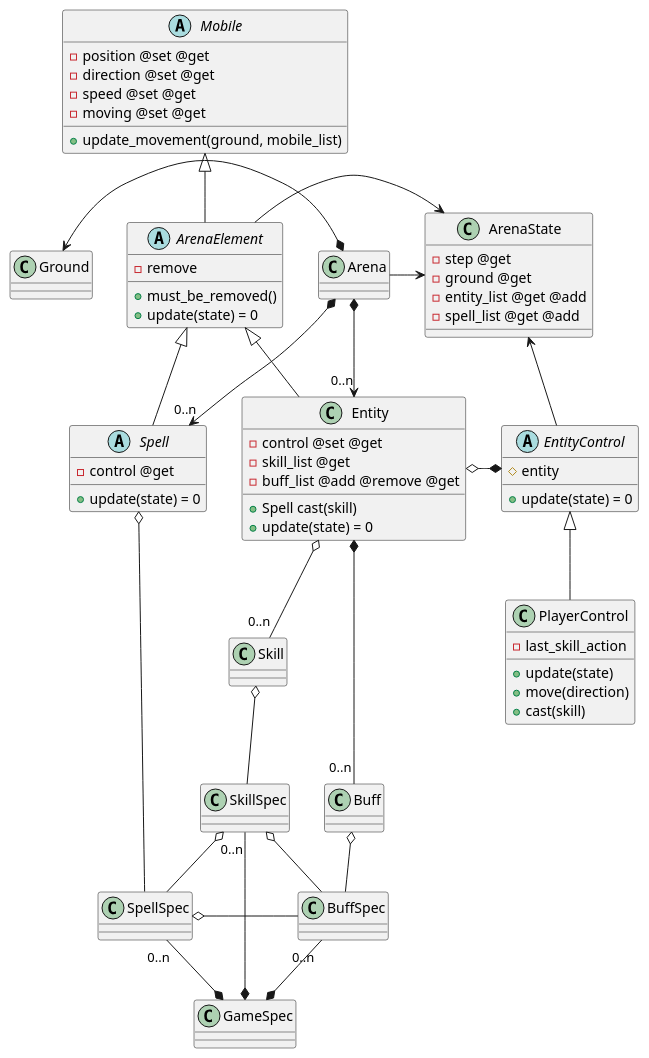
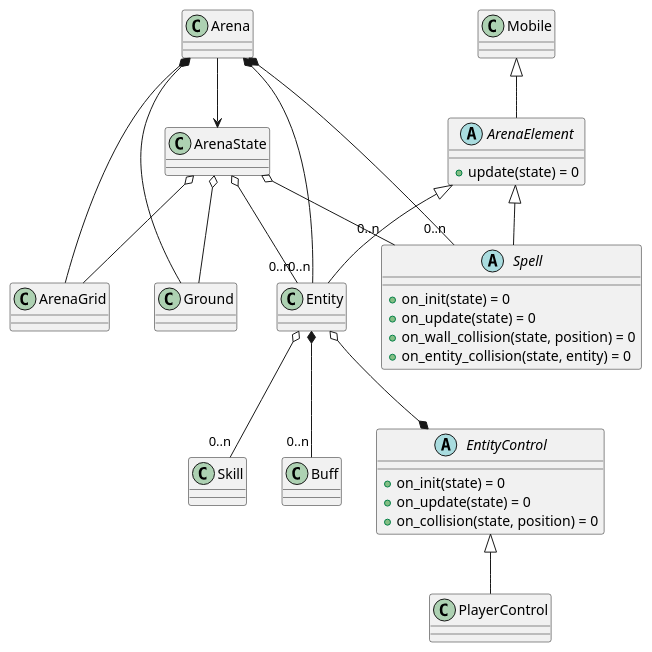
One commit to lemunozm/asciiarena-js changed the diagram in docs/design/arena_class.puml. Above: the diagram before and after it, drawn with PlantUML. The commit also changed 6 other files, not shown here.

```diff
--- a/docs/design/arena_class.puml
+++ b/docs/design/arena_class.puml
@@ -1,76 +1,40 @@
 @startuml
 
-Arena *-left-> Ground
-Arena *--> "0..n" Entity
-Arena *--> "0..n" Spell
-Arena -right-> ArenaState
+Arena *-- Ground
+Arena *-- ArenaGrid
+Arena *-- "0..n" Entity
+Arena *-- "0..n" Spell
+Arena --> ArenaState
+
+ArenaState o-- Ground
+ArenaState o-- ArenaGrid
+ArenaState o-- "0..n" Entity
+ArenaState o-- "0..n" Spell
 
 Mobile <|-- ArenaElement
 ArenaElement <|-- Entity
 ArenaElement <|-- Spell
 Entity o-- "0..n" Skill
 Entity *-- "0..n" Buff
-ArenaElement -right-> ArenaState
+Entity o--* EntityControl
+EntityControl <|-- PlayerControl
 
-EntityControl <|-- PlayerControl
-EntityControl -left-> ArenaState
-
-Entity o-right-* EntityControl
-
-Skill o-- SkillSpec
-Spell o-- SpellSpec
-Buff o-- BuffSpec
-GameSpec *-up- "0..n" SkillSpec
-GameSpec *-left- "0..n" SpellSpec
-GameSpec *-up- "0..n" BuffSpec
-SkillSpec o-- SpellSpec
-SkillSpec o-- BuffSpec
-SpellSpec o-right- BuffSpec
-
-abstract Mobile {
-    - position @set @get
-    - direction @set @get
-    - speed @set @get
-    - moving @set @get
-    + update_movement(ground, mobile_list)
-}
 
 abstract ArenaElement {
-    - remove
-    + must_be_removed()
-    + update(state) = 0
-}
-
-class Entity {
-    - control @set @get
-    - skill_list @get
-    - buff_list @add @remove @get
-    + Spell cast(skill)
     + update(state) = 0
 }
 
 abstract Spell {
-    - control @get
-    + update(state) = 0
-}
-
-class ArenaState {
-    - step @get
-    - ground @get
-    - entity_list @get @add
-    - spell_list @get @add
+    + on_init(state) = 0
+    + on_update(state) = 0
+    + on_wall_collision(state, position) = 0
+    + on_entity_collision(state, entity) = 0
 }
 
 abstract EntityControl {
-    # entity
-    + update(state) = 0
-}
-
-class PlayerControl {
-    - last_skill_action
-    + update(state)
-    + move(direction)
-    + cast(skill)
+    + on_init(state) = 0
+    + on_update(state) = 0
+    + on_collision(state, position) = 0
 }
 
 @enduml
```
